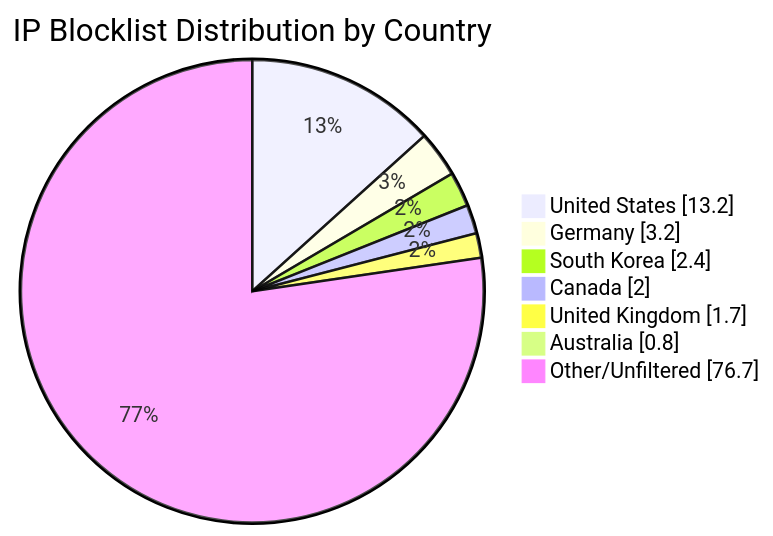
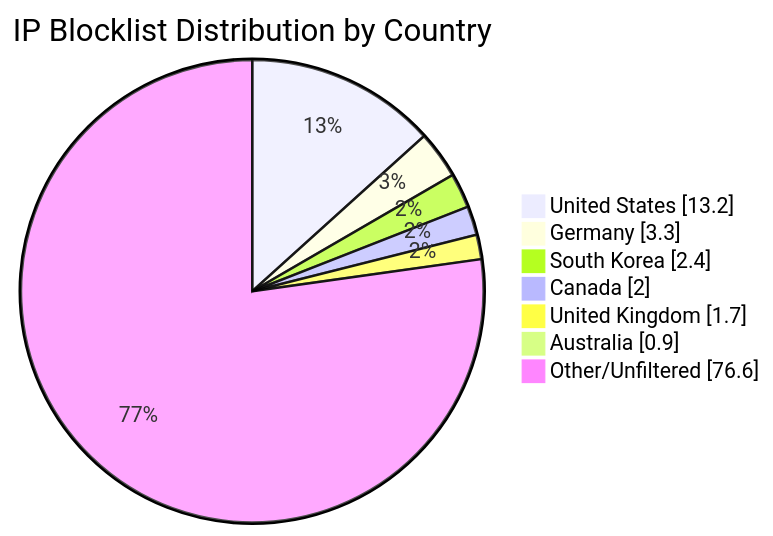
The diagram in README.md (MarcusHoltz/ipblocklist-geofiltered-aggregator), drawn with Mermaid before and after one commit. The commit also changed other lines of this file and 9 other files, not shown here.

````diff
--- a/README.md
+++ b/README.md
@@ -34,10 +34,10 @@
 ```mermaid
 pie showData title IP Blocklist Distribution by Country
 "United States" : 13.2
-"Germany" : 3.2
+"Germany" : 3.3
 "South Korea" : 2.4
 "Canada" : 2.0
 "United Kingdom" : 1.7
-"Australia" : 0.8
-"Other/Unfiltered" : 76.7
+"Australia" : 0.9
+"Other/Unfiltered" : 76.6
 ```
````
